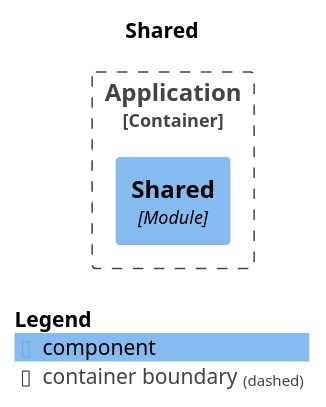
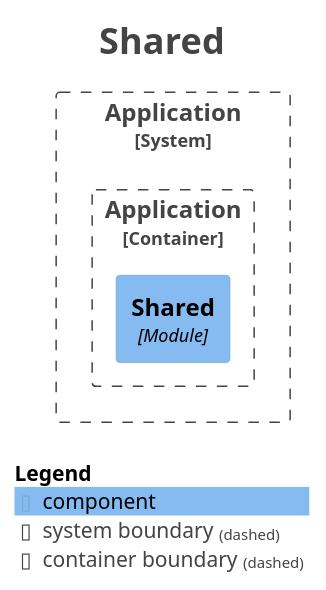
One commit to kanghouchao/Kizuna changed the diagram in backend/docs/modulith/module-shared.puml. Above: the diagram before and after it, drawn with PlantUML. The commit also changed 19 other files, not shown here.

```diff
--- a/backend/docs/modulith/module-shared.puml
+++ b/backend/docs/modulith/module-shared.puml
@@ -1,17 +1,27 @@
 @startuml
+title <size:24>Shared</size>
+
 set separator none
-title Shared
+top to bottom direction
 
-top to bottom direction
+<style>
+  root {
+    BackgroundColor: #ffffff
+    FontColor: #444444
+  }
+</style>
 
 !include <C4/C4>
 !include <C4/C4_Context>
 !include <C4/C4_Component>
 
-Container_Boundary("Application.Application_boundary", "Application", $tags="") {
-  Component(Application.Application.Shared, "Shared", $techn="Module", $descr="", $tags="", $link="")
+System_Boundary("Application_boundary", "Application", $tags="") {
+  Container_Boundary("Application.Application_boundary", "Application", $tags="") {
+    Component(Application.Application.Shared, "Shared", $techn="Module", $descr="", $tags="", $link="")
+  }
+
 }
 
-
 SHOW_LEGEND(true)
+hide stereotypes
 @enduml
```
